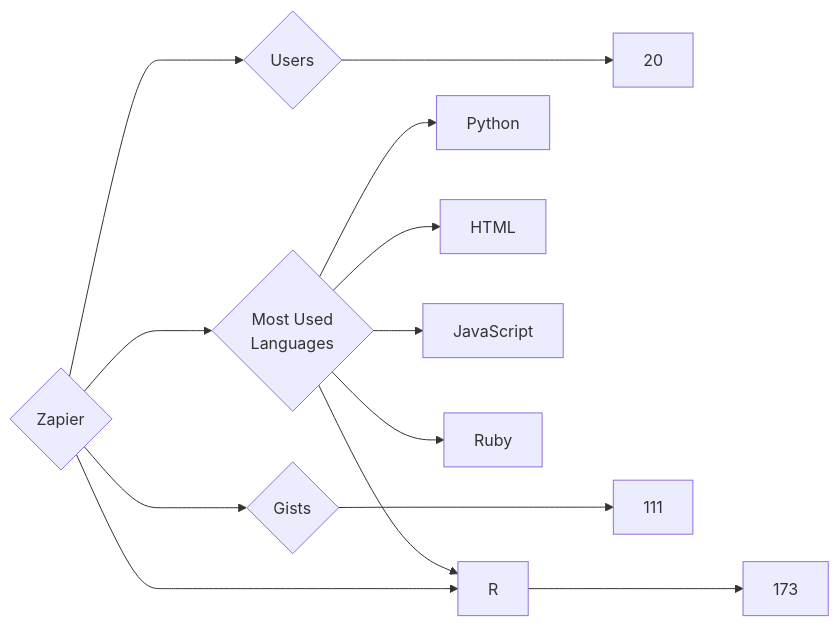
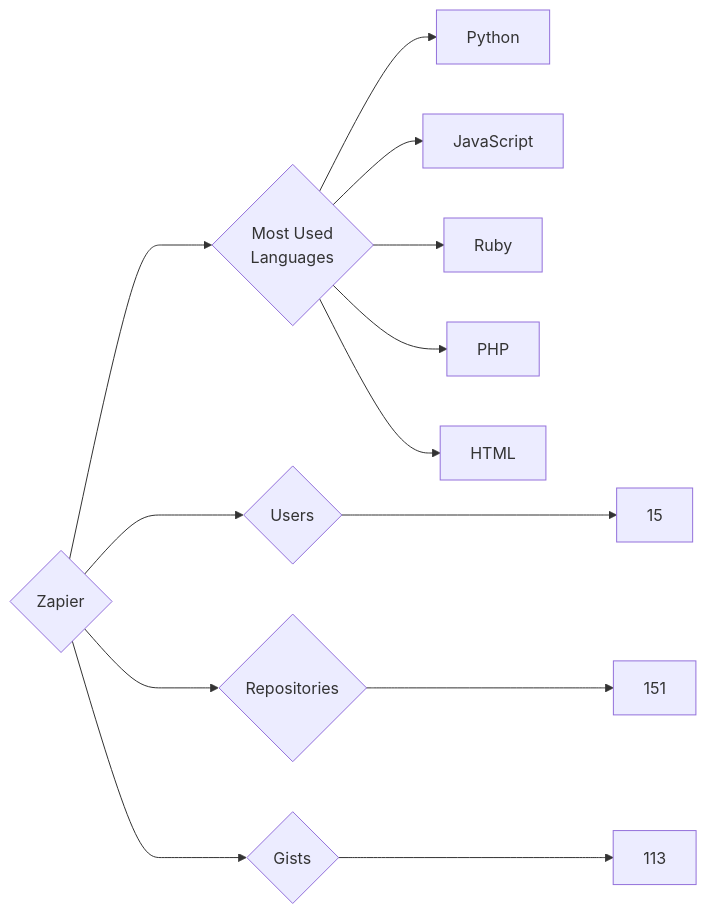
The diagram in targets/Zapier/README.md (trickest/insiders), drawn with Mermaid before and after one commit. The commit also changed 878 other files, not shown here.

````diff
--- a/targets/Zapier/README.md
+++ b/targets/Zapier/README.md
@@ -3,13 +3,13 @@
 ```mermaid
 graph LR
 COMPANY_NAME{Zapier}
-COMPANY_NAME ---> U{Users} ---> UN[20]
-COMPANY_NAME ---> R{Repositories} ---> RN[173]
-COMPANY_NAME ---> G{Gists} ---> GN[111]
+COMPANY_NAME ---> U{Users} ---> UN[15]
+COMPANY_NAME ---> R{Repositories} ---> RN[151]
+COMPANY_NAME ---> G{Gists} ---> GN[113]
 COMPANY_NAME ---> ML{Most Used<br>Languages}
 ML --> Python[Python]
+ML --> JavaScript[JavaScript]
+ML --> Ruby[Ruby]
+ML --> PHP[PHP]
 ML --> HTML[HTML]
-ML --> JavaScript[JavaScript]
-ML --> R[R]
-ML --> Ruby[Ruby]
 ```
````
